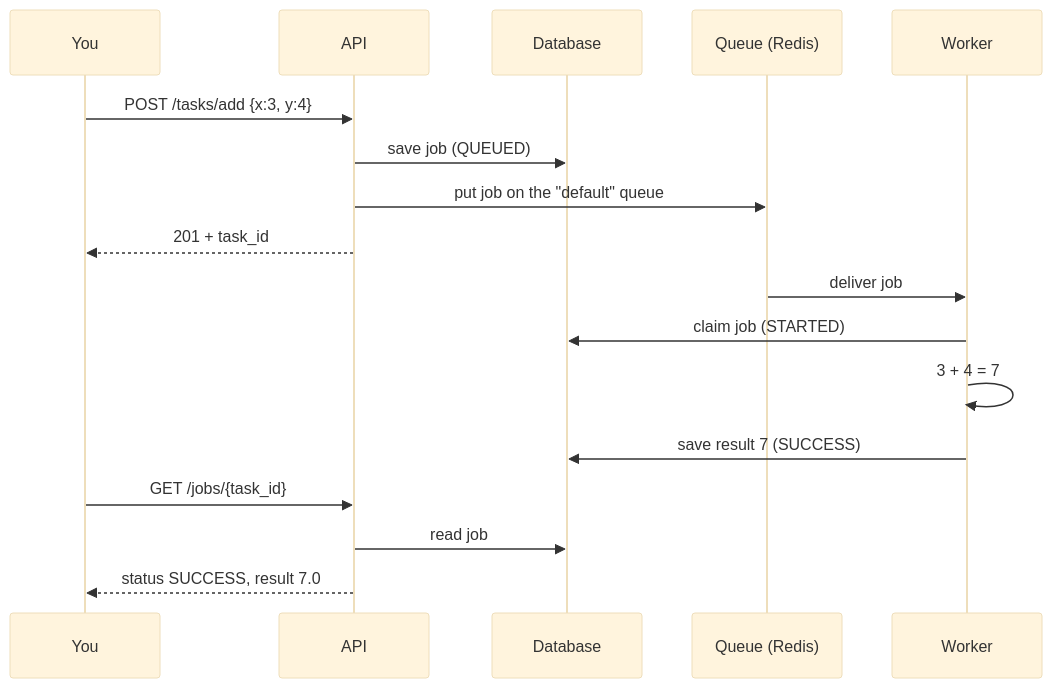
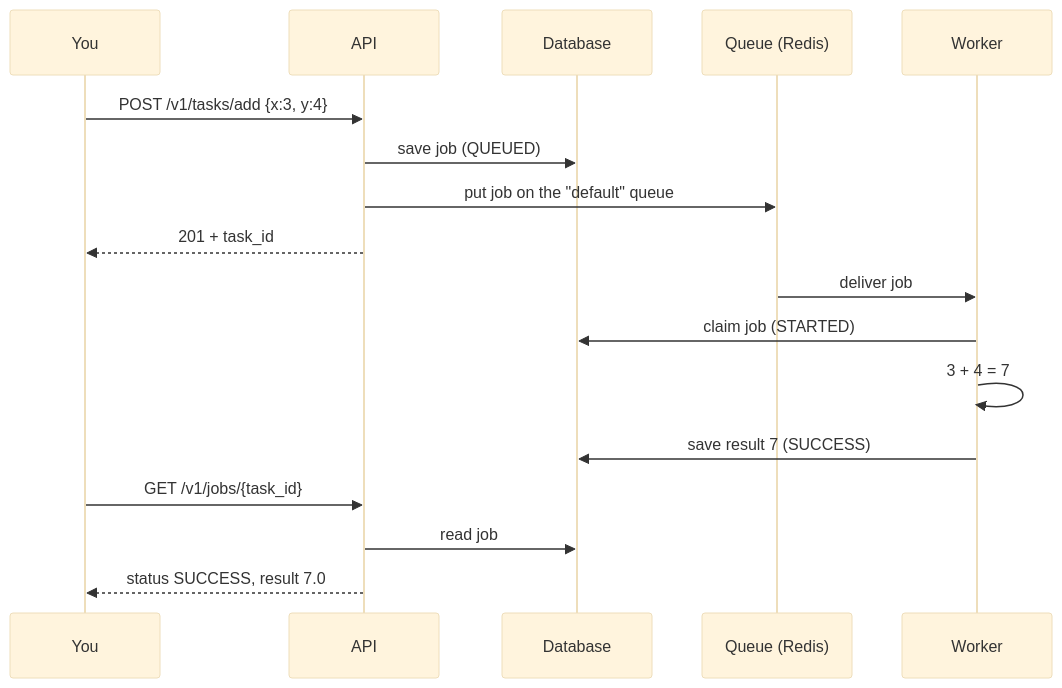
Before and after one commit to ravibhushan29/JobScheduler: the third of 3 diagrams in docs/04-getting-started.md, drawn with Mermaid (base theme). The commit also changed other lines of this file and 101 other files, not shown here.

````diff
--- a/docs/04-getting-started.md
+++ b/docs/04-getting-started.md
@@ -171,19 +171,19 @@
 ```mermaid
 sequenceDiagram
     participant You
     participant API
     participant DB as Database
     participant Q as Queue (Redis)
     participant W as Worker
-    You->>API: POST /tasks/add {x:3, y:4}
+    You->>API: POST /v1/tasks/add {x:3, y:4}
     API->>DB: save job (QUEUED)
     API->>Q: put job on the "default" queue
     API-->>You: 201 + task_id
     Q->>W: deliver job
     W->>DB: claim job (STARTED)
     W->>W: 3 + 4 = 7
     W->>DB: save result 7 (SUCCESS)
-    You->>API: GET /jobs/{task_id}
+    You->>API: GET /v1/jobs/{task_id}
     API->>DB: read job
     API-->>You: status SUCCESS, result 7.0
 ```
````
